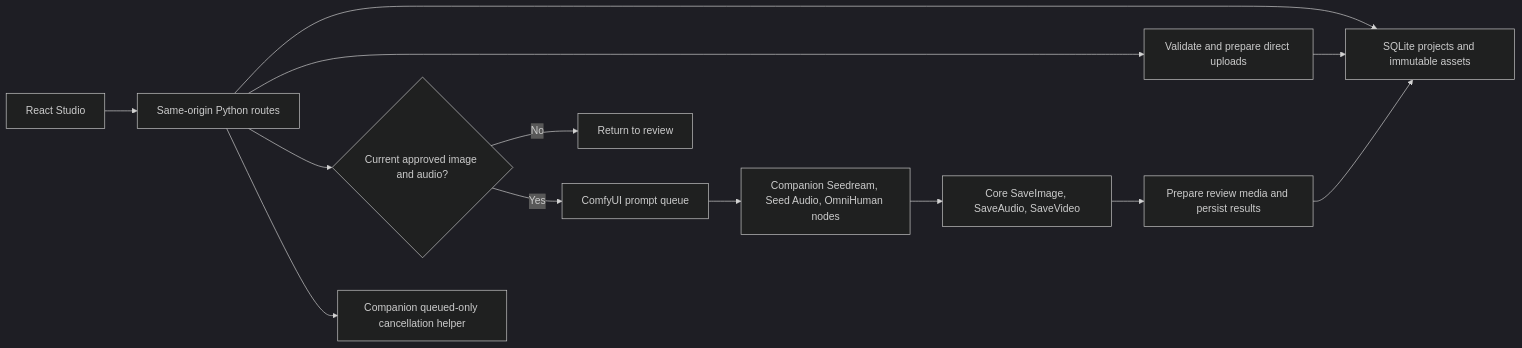
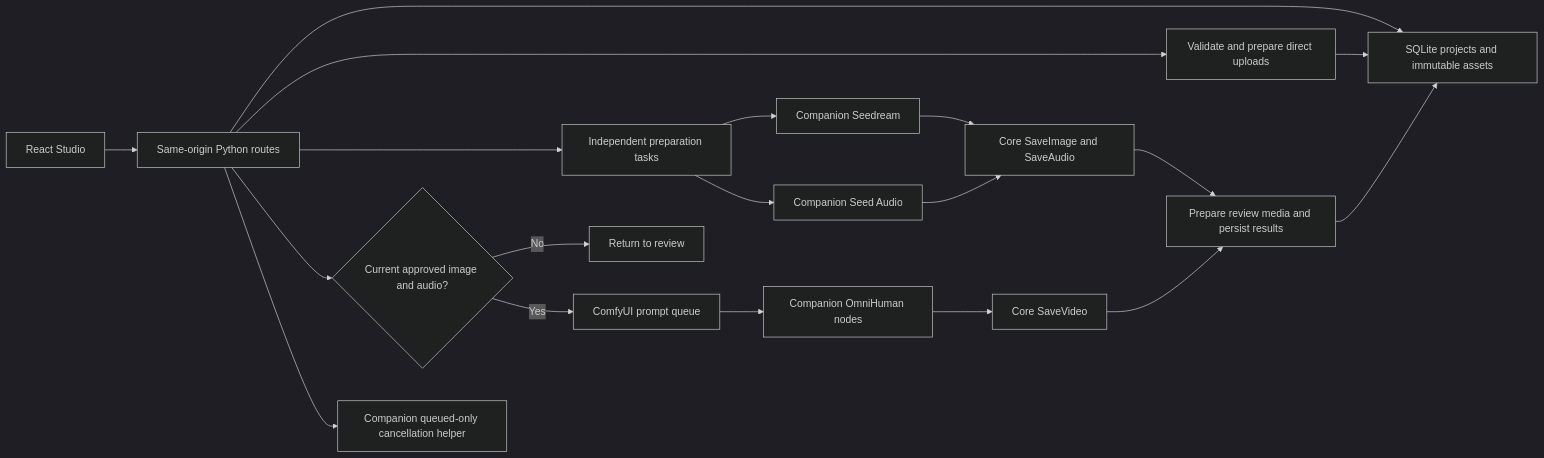
Before and after one commit to byteplus-sa/ComfyUI-BytePlus-Avatar-Studio: the diagram in README.md, drawn with Mermaid (dark theme). The commit also changed other lines of this file and 30 other files, not shown here.

First line of the commit message:
Allow independent avatar preparation without extra confirmation

````diff
--- a/README.md
+++ b/README.md
@@ -265,15 +288,21 @@
 ```mermaid
 flowchart LR
     Browser["React Studio"] --> Routes["Same-origin Python routes"]
     Routes --> State["SQLite projects and immutable assets"]
     Routes --> Upload["Validate and prepare direct uploads"]
     Upload --> State
+    Routes --> Prepare["Independent preparation tasks"]
+    Prepare --> Portrait["Companion Seedream"]
+    Prepare --> Narration["Companion Seed Audio"]
+    Portrait --> Candidates["Core SaveImage and SaveAudio"]
+    Narration --> Candidates
     Routes --> Approval{"Current approved image and audio?"}
     Approval -->|No| Review["Return to review"]
     Approval -->|Yes| Queue["ComfyUI prompt queue"]
-    Queue --> Nodes["Companion Seedream, Seed Audio, OmniHuman nodes"]
-    Nodes --> Save["Core SaveImage, SaveAudio, SaveVideo"]
+    Queue --> Nodes["Companion OmniHuman nodes"]
+    Nodes --> Save["Core SaveVideo"]
     Save --> Collect["Prepare review media and persist results"]
+    Candidates --> Collect
     Collect --> State
     Routes --> Cancel["Companion queued-only cancellation helper"]
 ```
````
